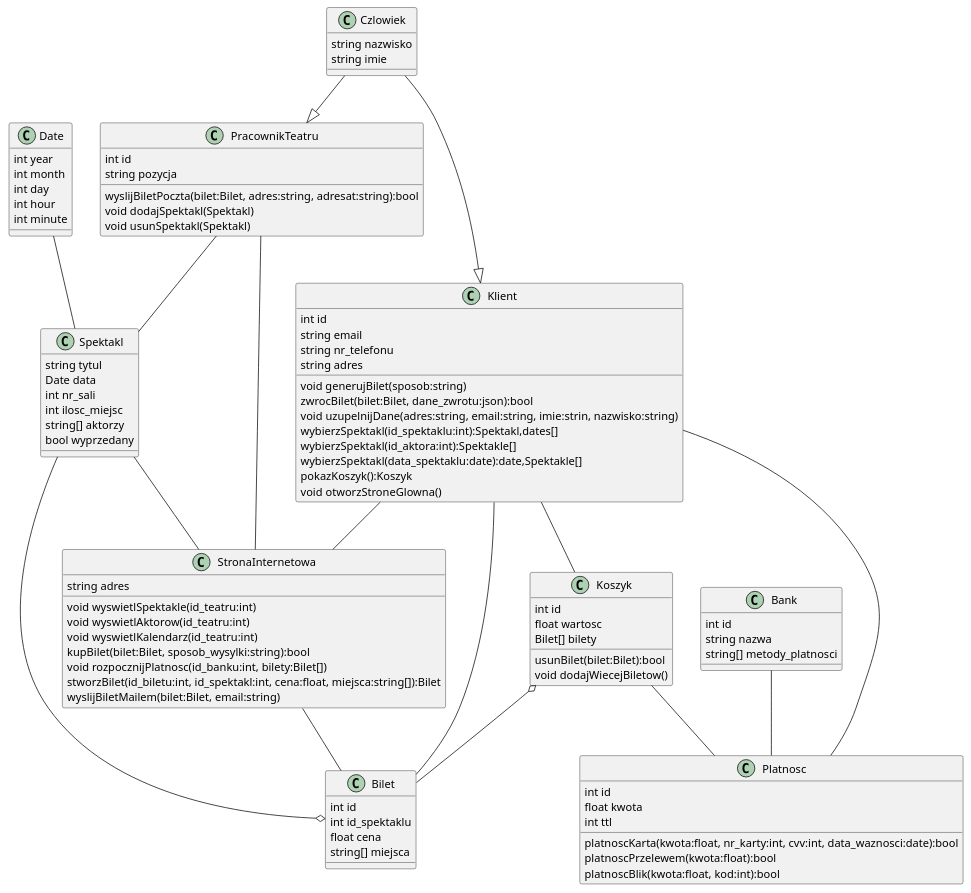
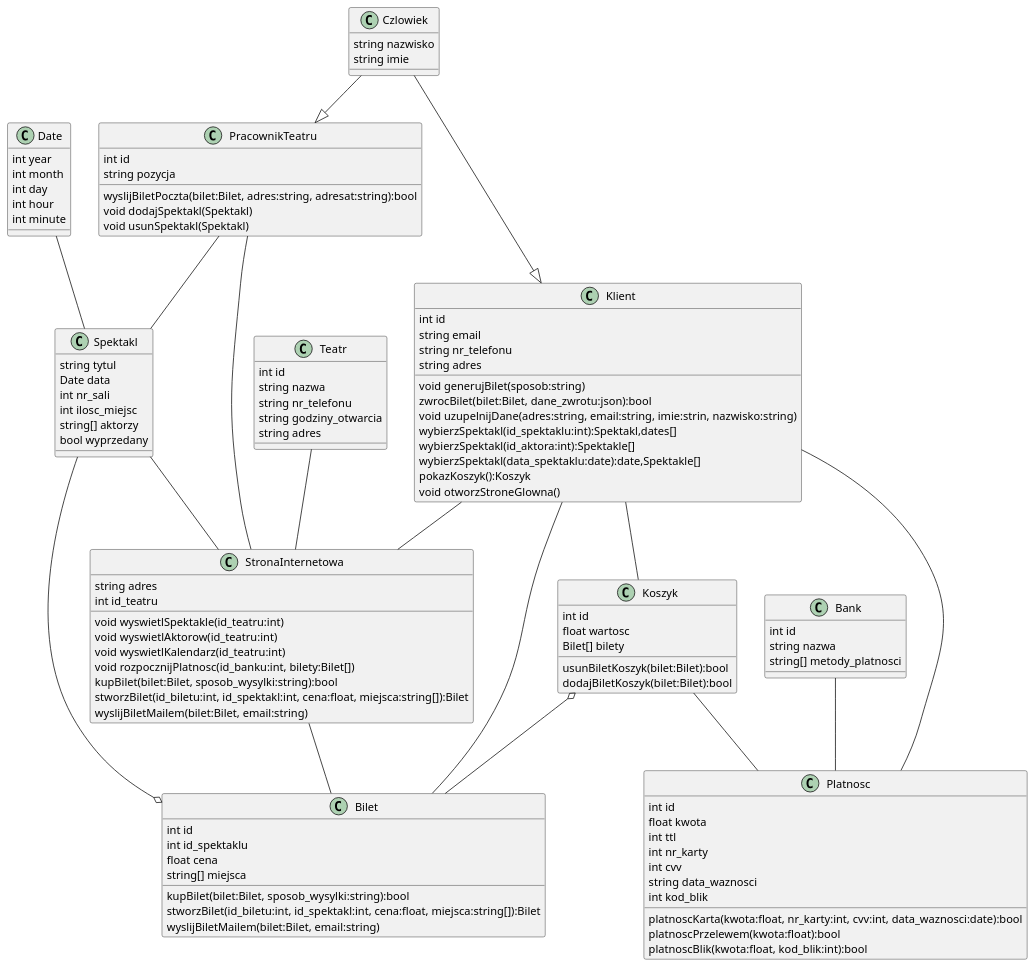
Before and after one commit to c4mp3r9/obiektowe: the diagram in class_diagram.plantuml, drawn with PlantUML.

Commit message:
Poprawka klas - dodanie teatru

```diff
--- a/class_diagram.plantuml
+++ b/class_diagram.plantuml
@@ -1,119 +1,135 @@
 @startuml ClassDiagram
 
 
 class Date {
   int year
   int month
   int day
   int hour
   int minute
 }
 
 
 class Spektakl {
   string tytul
   Date data
   int nr_sali
   int ilosc_miejsc
   string[] aktorzy
   bool wyprzedany
 }
 
 class Czlowiek {
   string nazwisko
   string imie
 }
 class Klient {
   int id 
   string email
   string nr_telefonu
   string adres
   
   void generujBilet(sposob:string)
   zwrocBilet(bilet:Bilet, dane_zwrotu:json):bool
   void uzupelnijDane(adres:string, email:string, imie:strin, nazwisko:string)
   wybierzSpektakl(id_spektaklu:int):Spektakl,dates[]
   wybierzSpektakl(id_aktora:int):Spektakle[]
   wybierzSpektakl(data_spektaklu:date):date,Spektakle[]
   pokazKoszyk():Koszyk
   void otworzStroneGlowna()
 }
 
 
 class Bank {
   int id 
   string nazwa
   string[] metody_platnosci
 }
 
 class Platnosc {
   int id 
   float kwota
   int ttl
+  int nr_karty
+  int cvv 
+  string data_waznosci
+  int kod_blik
 
   platnoscKarta(kwota:float, nr_karty:int, cvv:int, data_waznosci:date):bool
   platnoscPrzelewem(kwota:float):bool
-  platnoscBlik(kwota:float, kod:int):bool
+  platnoscBlik(kwota:float, kod_blik:int):bool
 }
 
 class Bilet{
   int id 
   int id_spektaklu
   float cena
   string[] miejsca
 
+  kupBilet(bilet:Bilet, sposob_wysylki:string):bool
+  stworzBilet(id_biletu:int, id_spektakl:int, cena:float, miejsca:string[]):Bilet
+  wyslijBiletMailem(bilet:Bilet, email:string)
 }
 
 
 class Koszyk {
   int id
   float wartosc
   Bilet[] bilety
 
-  usunBilet(bilet:Bilet):bool
-  void dodajWiecejBiletow()
+  usunBiletKoszyk(bilet:Bilet):bool
+  dodajBiletKoszyk(bilet:Bilet):bool
 }
 
 
 class PracownikTeatru {
   int id
   string pozycja
 
   wyslijBiletPoczta(bilet:Bilet, adres:string, adresat:string):bool
   void dodajSpektakl(Spektakl)
   void usunSpektakl(Spektakl)
 }
 
+class Teatr {
+  int id 
+  string nazwa
+  string nr_telefonu
+  string godziny_otwarcia
+  string adres
+}
 
 class StronaInternetowa {
   string adres
-
+  int id_teatru
   void wyswietlSpektakle(id_teatru:int)
   void wyswietlAktorow(id_teatru:int)
   void wyswietlKalendarz(id_teatru:int)
+  void rozpocznijPlatnosc(id_banku:int, bilety:Bilet[])
   kupBilet(bilet:Bilet, sposob_wysylki:string):bool
-  void rozpocznijPlatnosc(id_banku:int, bilety:Bilet[])
   stworzBilet(id_biletu:int, id_spektakl:int, cena:float, miejsca:string[]):Bilet
   wyslijBiletMailem(bilet:Bilet, email:string)
 }
 
 Klient -- StronaInternetowa
 Klient -- Koszyk
 Klient -- Platnosc
 Klient -- Bilet
 Koszyk o-- Bilet
 Koszyk -- Platnosc
 
 PracownikTeatru -- StronaInternetowa
 
 Bank -- Platnosc
 Bilet o-- Spektakl
 
 Date -- Spektakl
 Spektakl -- StronaInternetowa
 StronaInternetowa -- Bilet
 PracownikTeatru -- Spektakl
 
 Czlowiek --|> Klient 
 Czlowiek --|> PracownikTeatru
+
+Teatr -- StronaInternetowa
 @enduml
```
